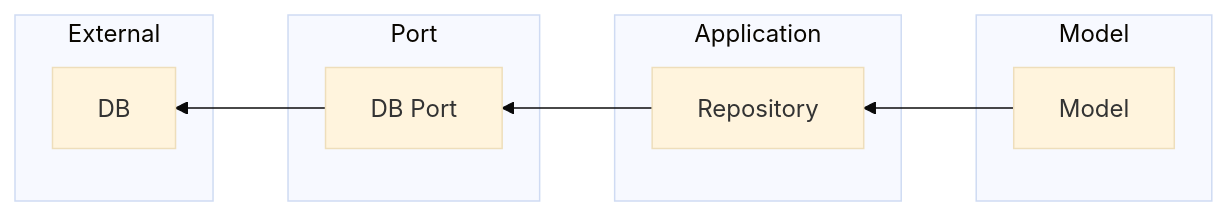
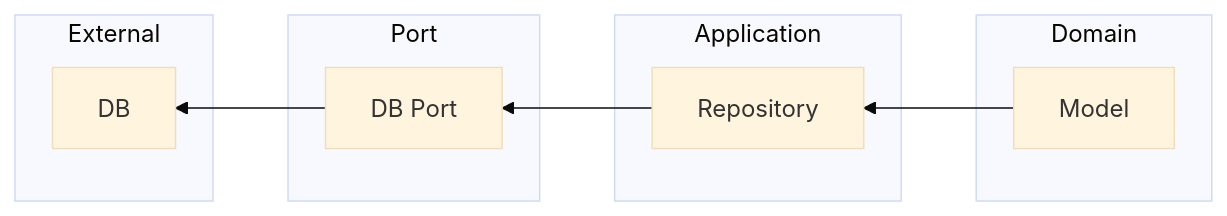
Before and after one commit to annervisser/issue-tracker: the second of 2 diagrams in docs/request-data-flow.md, drawn with Mermaid (base theme). The commit also changed other lines of this file, not shown here.

Commit message:
Fix: replace Model with Domain in doc

````diff
--- a/docs/request-data-flow.md
+++ b/docs/request-data-flow.md
@@ -21,16 +21,16 @@
 ```mermaid
 flowchart RL
     M[Model] --> R[Repository] --> DbPort[DB Port] --> DB[DB]
     subgraph External
         DB
     end
     subgraph Port
         DbPort
     end
     subgraph Application
         R
     end
-   subgraph Model
+   subgraph Domain
         M
     end
 ```
````
